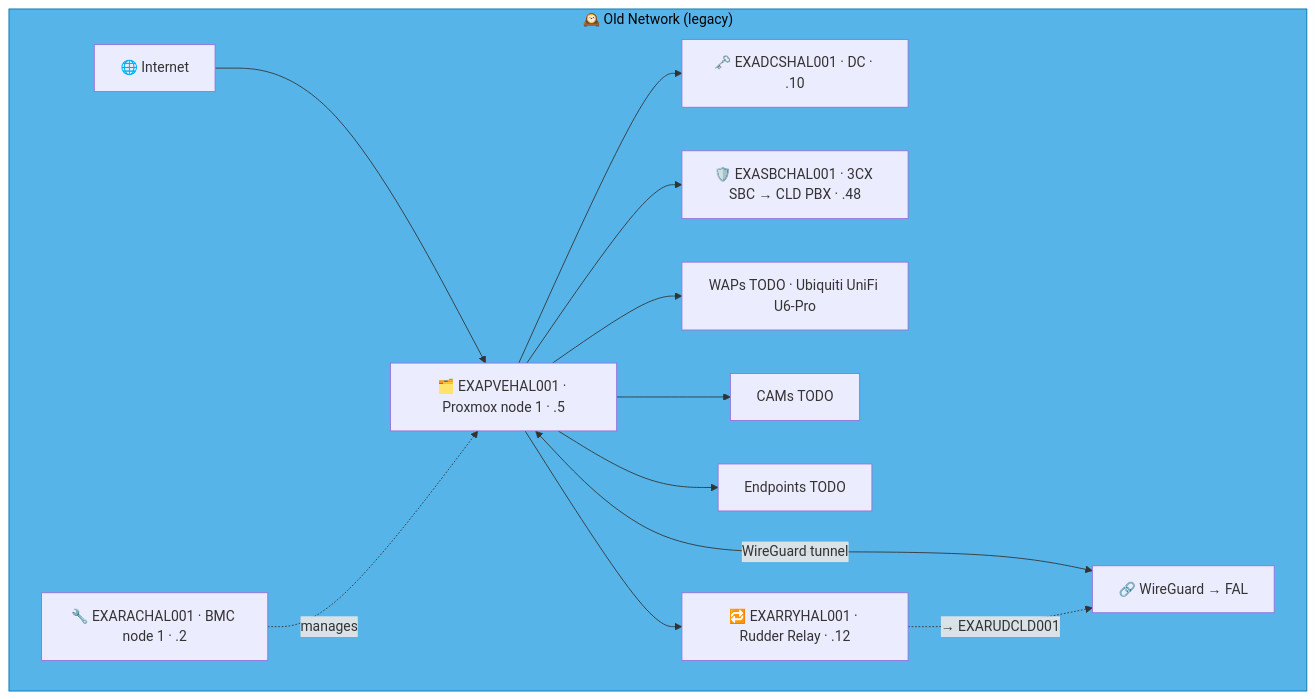
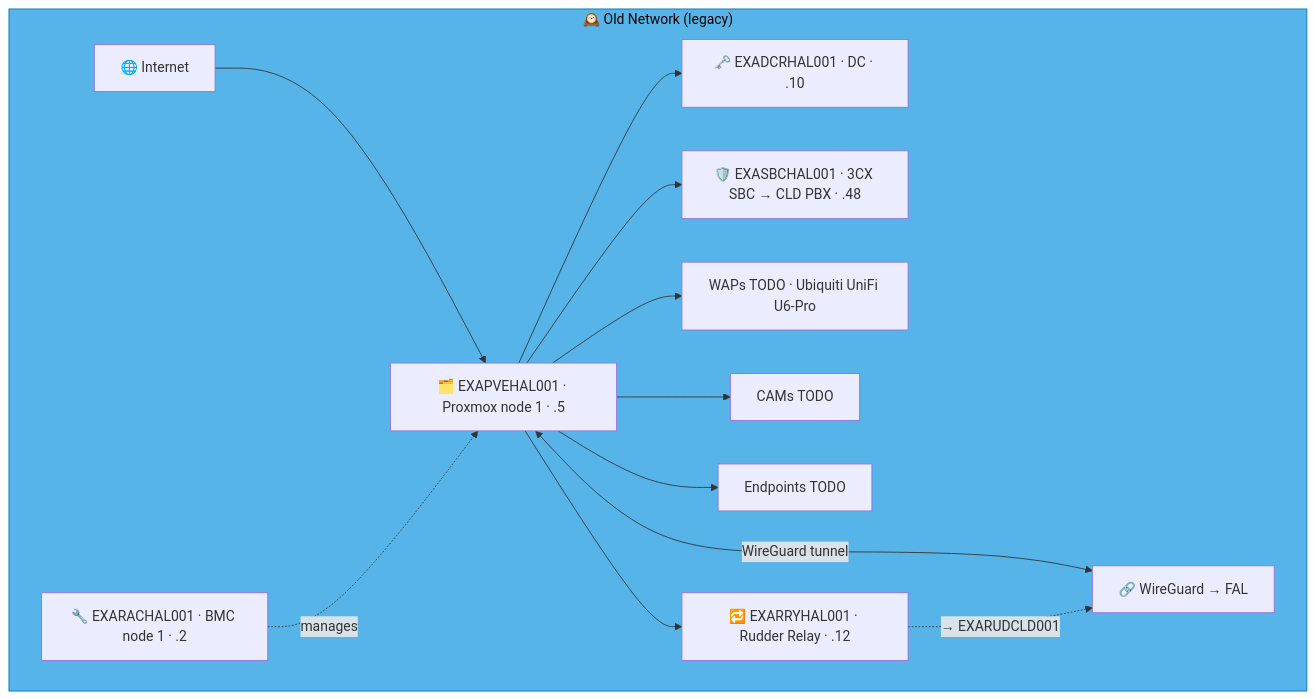
One commit to knightmare2600/example_music_infra changed diagram 20 of 27 in docs/network-diagram/england.md. Above: the diagram before and after it, drawn with Mermaid. The commit also changed other lines of this file and 8 other files, not shown here.

````diff
--- a/docs/network-diagram/england.md
+++ b/docs/network-diagram/england.md
@@ -963,24 +948,24 @@
 ```mermaid
 graph TD
     subgraph OLD_HAL ["🕰️ Old Network (legacy)"]
       INET["🌐 Internet"]
       RAC["🔧 EXARACHAL001 · BMC node 1 · .2"]
       PVE["🗂️ EXAPVEHAL001 · Proxmox node 1 · .5"]
-      DC["🗝️ EXADCSHAL001 · DC · .10"]
+      DC["🗝️ EXADCRHAL001 · DC · .10"]
       SBC["🛡️ EXASBCHAL001 · 3CX SBC → CLD PBX · .48"]
       RRY["🔁 EXARRYHAL001 · Rudder Relay · .12"]
       WAP["WAPs TODO · Ubiquiti UniFi U6-Pro"]
       CAM["CAMs TODO"]
       EP["Endpoints TODO"]
       VPN["🔗 WireGuard → FAL"]
 
       INET --> PVE --> DC & SBC
       RAC -.->|"manages"| PVE
       PVE --> WAP & CAM & EP
       PVE <-->|"WireGuard tunnel"| VPN
 
       PVE --> RRY
       RRY -. "→ EXARUDCLD001" .-> VPN
     end
     style OLD_HAL fill:#56B4E9,stroke:#0072B2,color:#000000
 ```
````
